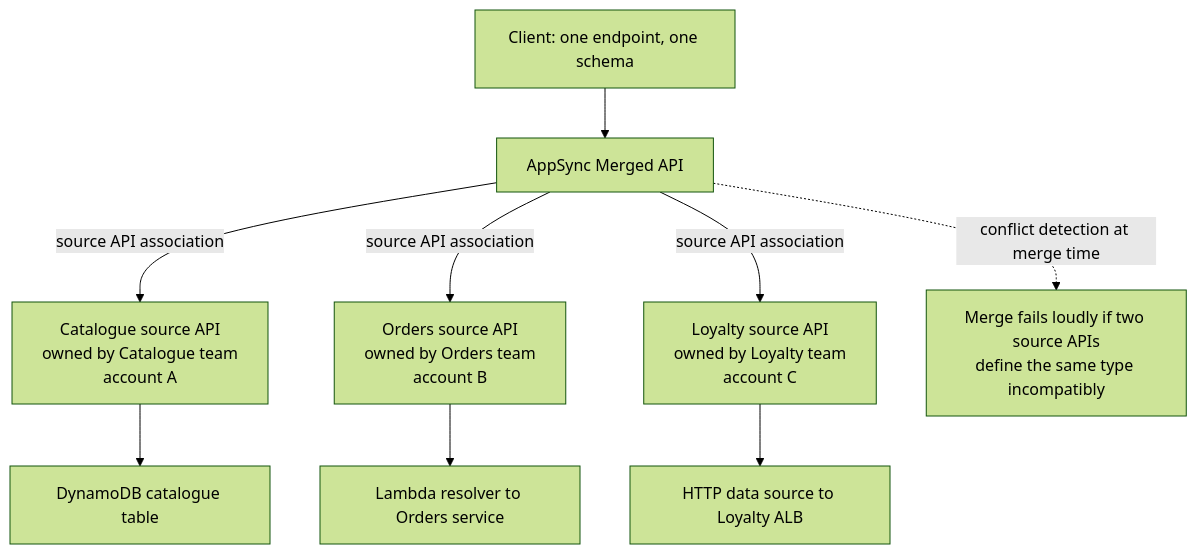
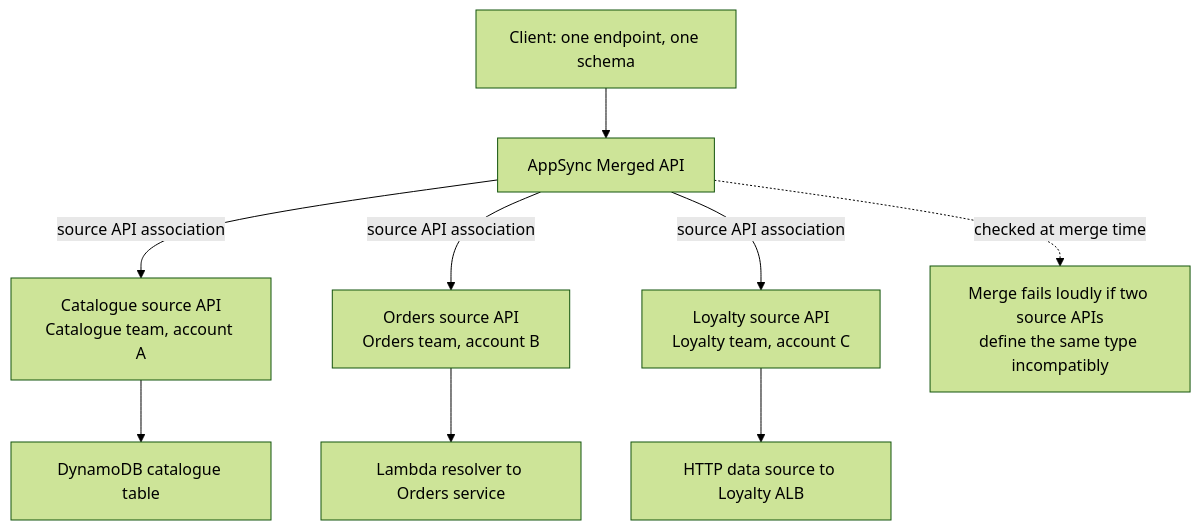
The fourth of 6 diagrams in docs/unit4/topic1.md (norbutlepcha25/dso303), drawn with Mermaid (forest theme) before and after one commit. The commit also changed other lines of this file and 12 other files, not shown here.

````diff
--- a/docs/unit4/topic1.md
+++ b/docs/unit4/topic1.md
@@ -279,11 +388,11 @@
 ```mermaid
 flowchart TD
     C["Client: one endpoint, one schema"] --> M["AppSync Merged API"]
-    M -->|"source API association"| S1["Catalogue source API<br/>owned by Catalogue team<br/>account A"]
-    M -->|"source API association"| S2["Orders source API<br/>owned by Orders team<br/>account B"]
-    M -->|"source API association"| S3["Loyalty source API<br/>owned by Loyalty team<br/>account C"]
+    M -->|"source API association"| S1["Catalogue source API<br/>Catalogue team, account A"]
+    M -->|"source API association"| S2["Orders source API<br/>Orders team, account B"]
+    M -->|"source API association"| S3["Loyalty source API<br/>Loyalty team, account C"]
     S1 --> D1["DynamoDB catalogue table"]
     S2 --> L2["Lambda resolver to Orders service"]
     S3 --> H3["HTTP data source to Loyalty ALB"]
-    M -.->|"conflict detection at merge time"| X["Merge fails loudly if two source APIs<br/>define the same type incompatibly"]
+    M -.->|"checked at merge time"| X["Merge fails loudly if two source APIs<br/>define the same type incompatibly"]
 ```
````
